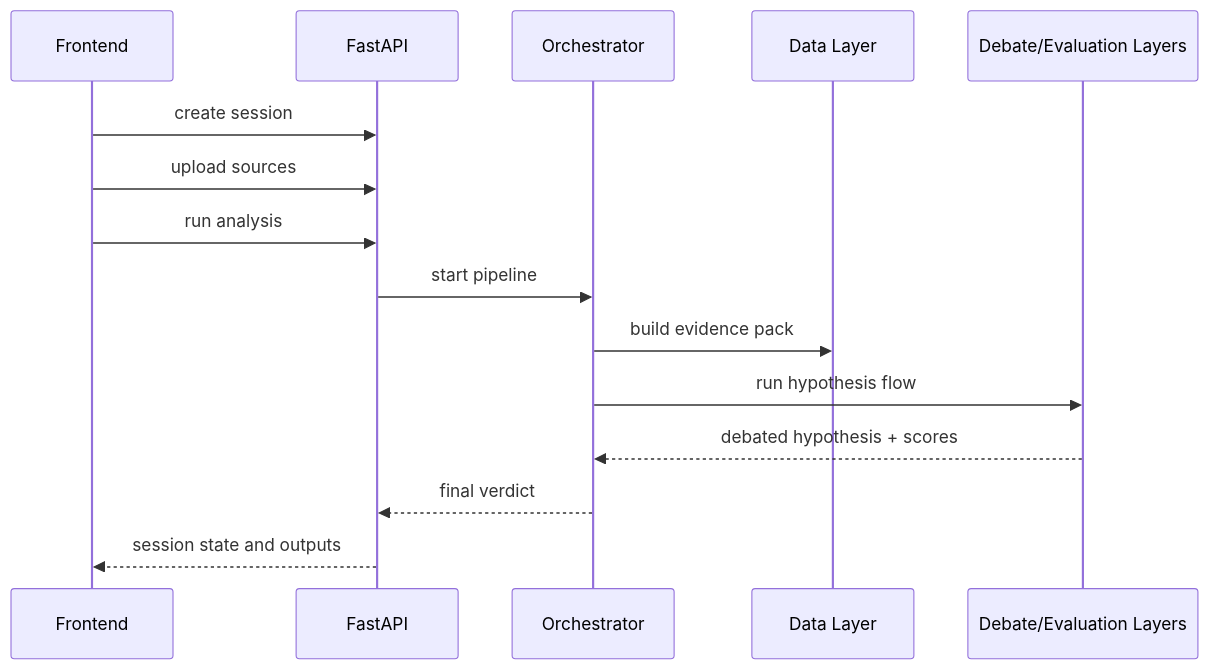
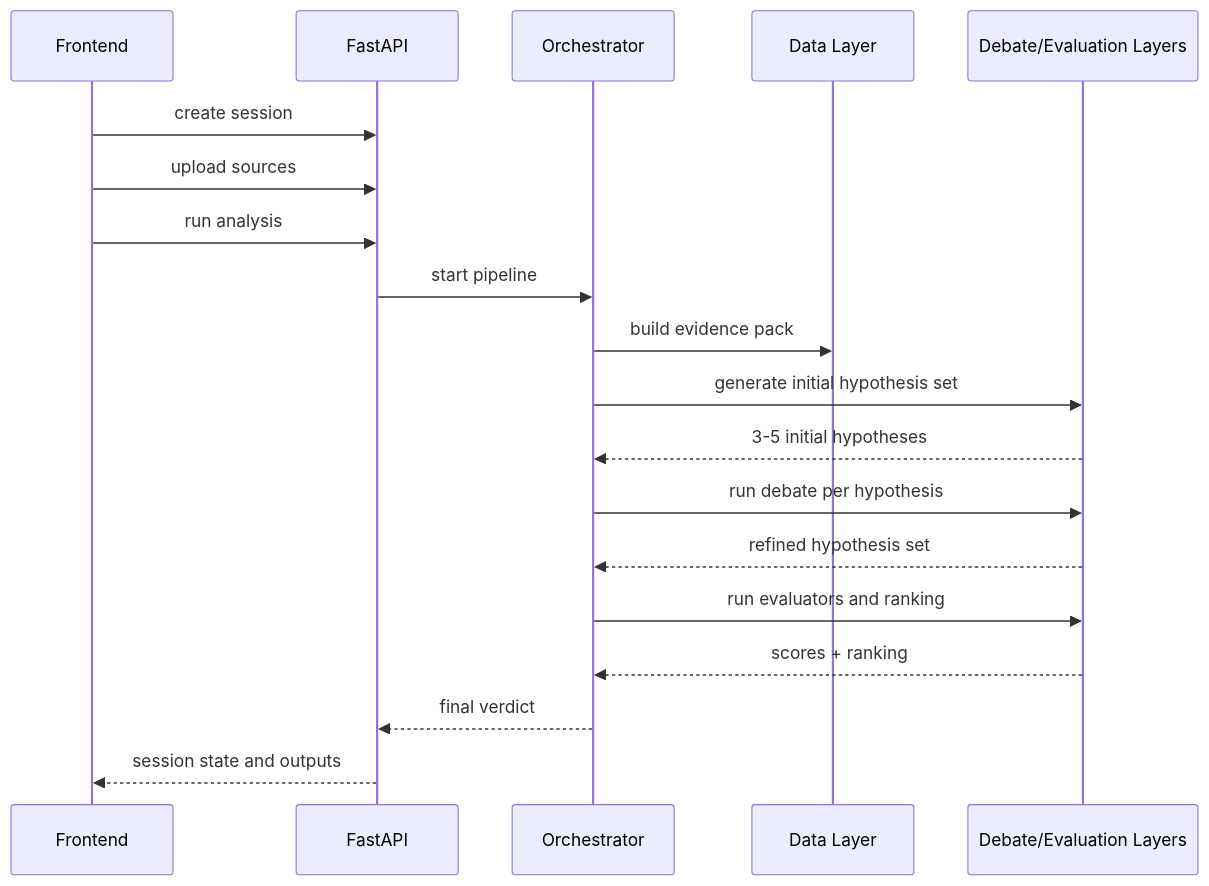
One commit to KroJIak/hypothesis-court changed the diagram in docs/architecture/03-Backend.md. Above: the diagram before and after it, drawn with Mermaid. The commit also changed other lines of this file and 29 other files, not shown here.

````diff
--- a/docs/architecture/03-Backend.md
+++ b/docs/architecture/03-Backend.md
@@ -60,18 +66,22 @@
 ```mermaid
 sequenceDiagram
     participant UI as Frontend
     participant API as FastAPI
     participant ORCH as Orchestrator
     participant DATA as Data Layer
     participant AI as Debate/Evaluation Layers
 
     UI->>API: create session
     UI->>API: upload sources
     UI->>API: run analysis
     API->>ORCH: start pipeline
     ORCH->>DATA: build evidence pack
-    ORCH->>AI: run hypothesis flow
-    AI-->>ORCH: debated hypothesis + scores
+    ORCH->>AI: generate initial hypothesis set
+    AI-->>ORCH: 3-5 initial hypotheses
+    ORCH->>AI: run debate per hypothesis
+    AI-->>ORCH: refined hypothesis set
+    ORCH->>AI: run evaluators and ranking
+    AI-->>ORCH: scores + ranking
     ORCH-->>API: final verdict
     API-->>UI: session state and outputs
 ```
````
